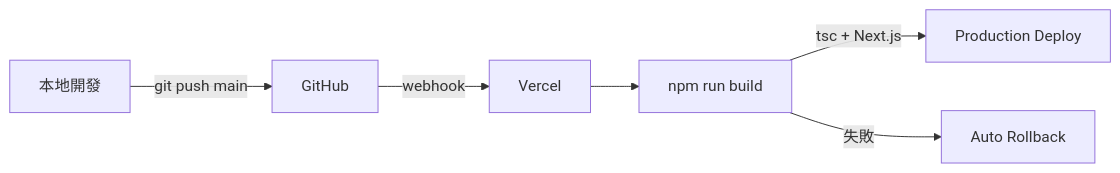
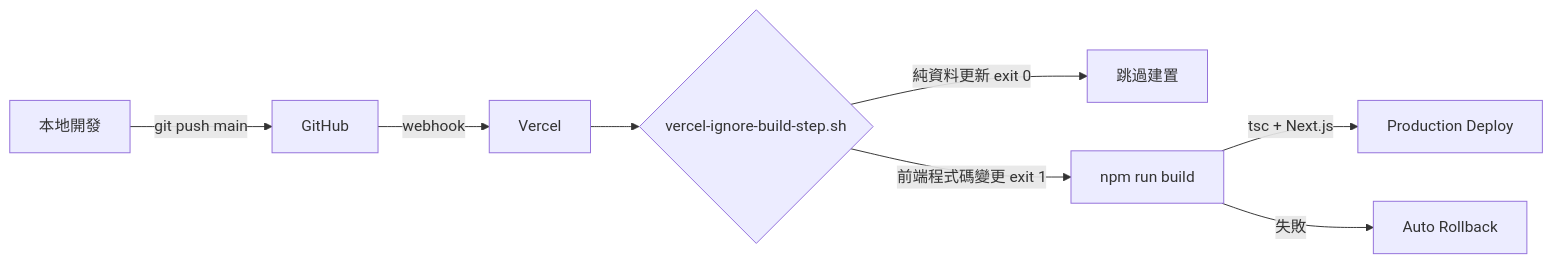
Diagram 22 of 24 in PRD 產品規格文件.md (win81134679-dot/finlab-sector-radar), drawn with Mermaid before and after one commit. The commit also changed other lines of this file and 2 other files, not shown here.

````diff
--- a/PRD 產品規格文件.md
+++ b/PRD 產品規格文件.md
@@ -2876,8 +2876,10 @@
 ```mermaid
 graph LR
     DEV[本地開發] -->|git push main| GH[GitHub]
     GH -->|webhook| VC[Vercel]
-    VC --> BUILD[npm run build]
+    VC --> IGNORE{vercel-ignore-build-step.sh}
+    IGNORE -->|純資料更新 exit 0| SKIP[跳過建置]
+    IGNORE -->|前端程式碼變更 exit 1| BUILD[npm run build]
     BUILD -->|tsc + Next.js| DEPLOY[Production Deploy]
     BUILD -->|失敗| ROLLBACK[Auto Rollback]
 ```
````
